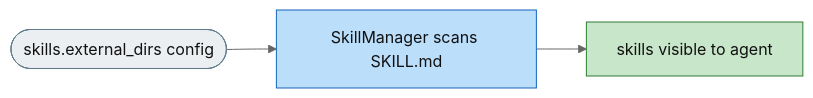
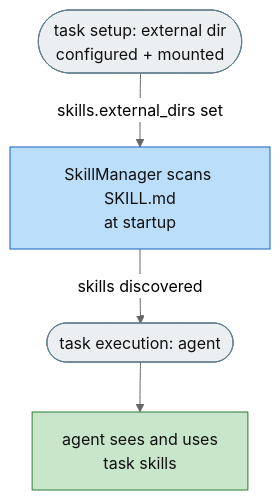
The second of 3 diagrams in docs-michael/issues/jiuwenswarm/0214-feat-external-skill-discovery.md (michaelatamuk/agentic-desk), drawn with Mermaid (neutral theme) before and after one commit. The commit also changed other lines of this file, not shown here.

````diff
--- a/docs-michael/issues/jiuwenswarm/0214-feat-external-skill-discovery.md
+++ b/docs-michael/issues/jiuwenswarm/0214-feat-external-skill-discovery.md
@@ -33,10 +35,10 @@
 ```mermaid
-flowchart LR
+flowchart TD
     classDef ok fill:#BBDEFB,color:#111,stroke:#1565C0
     classDef done fill:#C8E6C9,color:#111,stroke:#2E7D32
     classDef plain fill:#ECEFF1,color:#111,stroke:#607D8B
-    DIR(["skills.external_dirs config"]):::plain
-    DIR --> MANAGER["SkillManager scans SKILL.md"]:::ok
-    MANAGER --> VISIBLE["skills visible to agent"]:::done
-    
+    SETUP(["task setup: external dir<br/>configured + mounted"]):::plain
+    SETUP -->|"skills.external_dirs set"| MANAGER["SkillManager scans SKILL.md<br/>at startup"]:::ok
+    MANAGER -->|"skills discovered"| RUN(["task execution: agent"]):::plain
+    RUN --> USE["agent sees and uses<br/>task skills"]:::done
 ```
````
